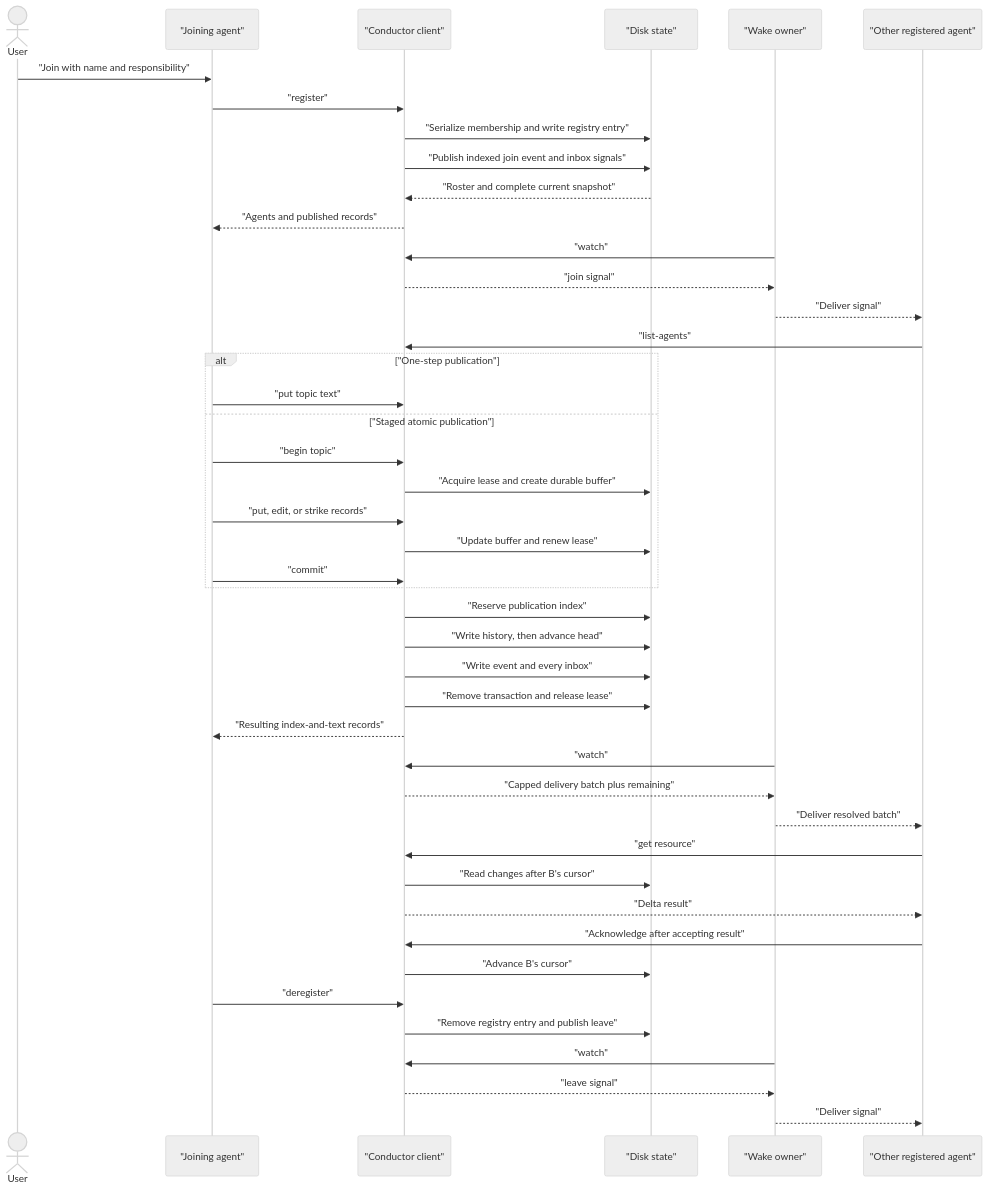
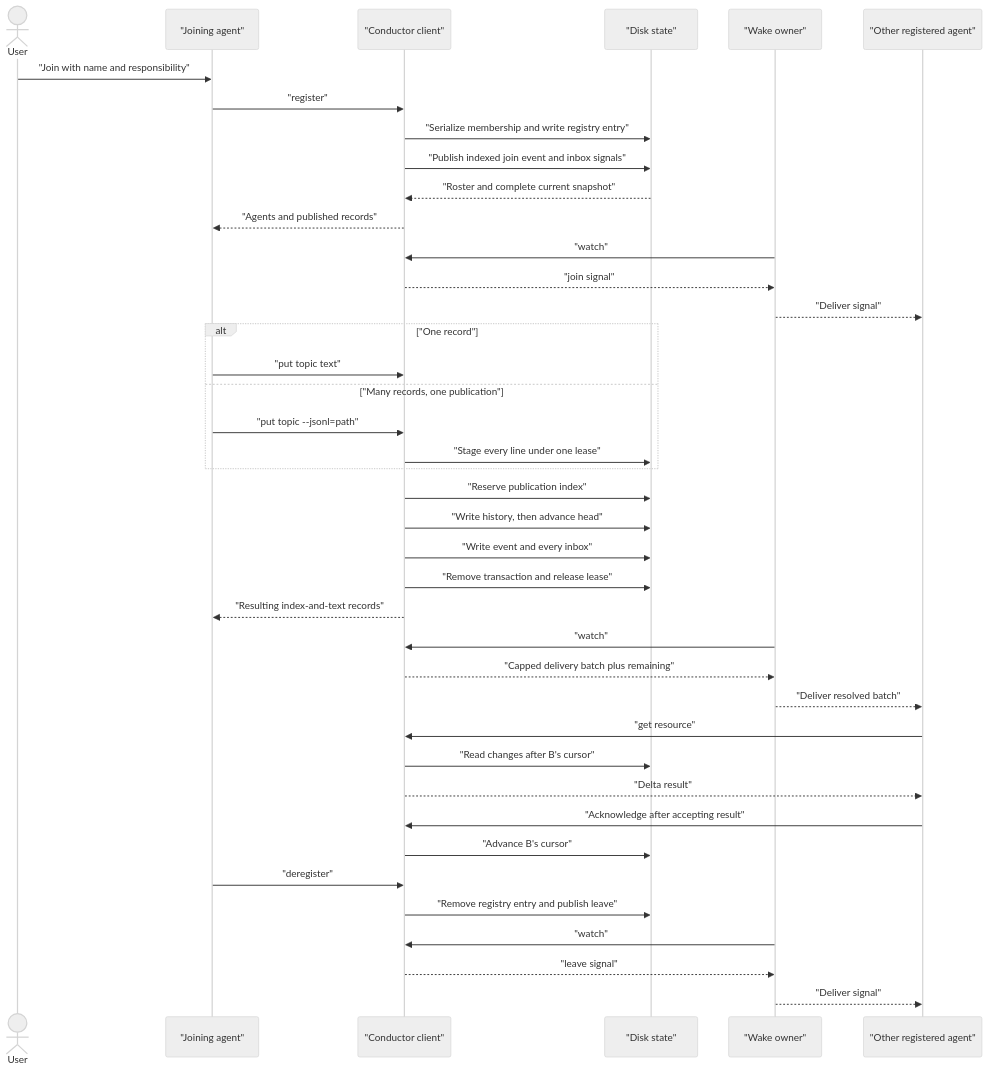
One commit to danlavee/Conductor changed the second of 7 diagrams in docs/activity-diagrams.md. Above: the diagram before and after it, drawn with Mermaid (neutral theme). The commit also changed other lines of this file and 9 other files, not shown here.

````diff
--- a/docs/activity-diagrams.md
+++ b/docs/activity-diagrams.md
@@ -16,51 +16,47 @@
 ```mermaid
 sequenceDiagram
     actor User
     participant A as "Joining agent"
     participant C as "Conductor client"
     participant D as "Disk state"
     participant W as "Wake owner"
     participant B as "Other registered agent"
 
     User->>A: "Join with name and responsibility"
     A->>C: "register"
     C->>D: "Serialize membership and write registry entry"
     C->>D: "Publish indexed join event and inbox signals"
     D-->>C: "Roster and complete current snapshot"
     C-->>A: "Agents and published records"
     W->>C: "watch"
     C-->>W: "join signal"
     W-->>B: "Deliver signal"
-    B->>C: "list-agents"
 
-    alt "One-step publication"
+    alt "One record"
         A->>C: "put topic text"
-    else "Staged atomic publication"
-        A->>C: "begin topic"
-        C->>D: "Acquire lease and create durable buffer"
-        A->>C: "put, edit, or strike records"
-        C->>D: "Update buffer and renew lease"
-        A->>C: "commit"
+    else "Many records, one publication"
+        A->>C: "put topic --jsonl=path"
+        C->>D: "Stage every line under one lease"
     end
 
     C->>D: "Reserve publication index"
     C->>D: "Write history, then advance head"
     C->>D: "Write event and every inbox"
     C->>D: "Remove transaction and release lease"
     C-->>A: "Resulting index-and-text records"
 
     W->>C: "watch"
     C-->>W: "Capped delivery batch plus remaining"
     W-->>B: "Deliver resolved batch"
     B->>C: "get resource"
     C->>D: "Read changes after B's cursor"
     C-->>B: "Delta result"
     B->>C: "Acknowledge after accepting result"
     C->>D: "Advance B's cursor"
 
     A->>C: "deregister"
     C->>D: "Remove registry entry and publish leave"
     W->>C: "watch"
     C-->>W: "leave signal"
     W-->>B: "Deliver signal"
 ```
````
